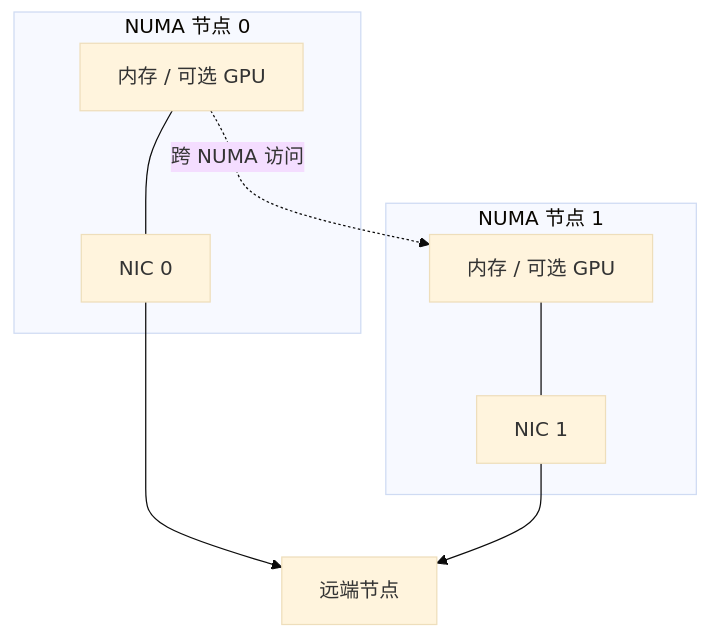
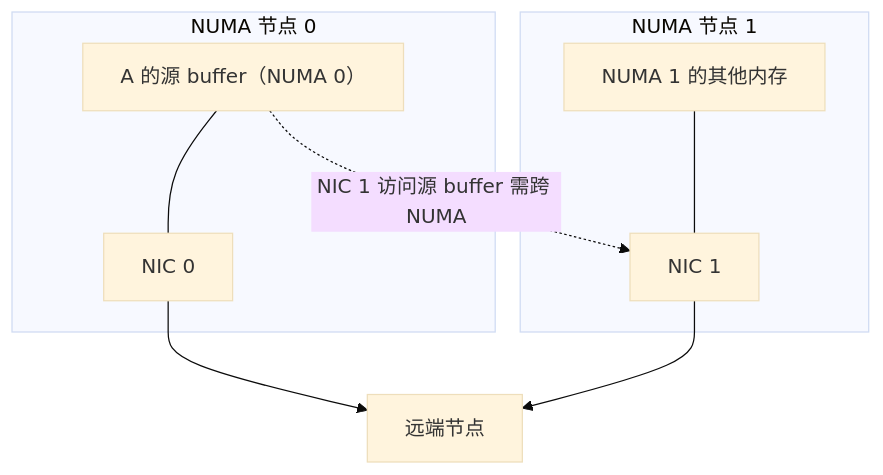
The first of 2 diagrams in mooncake-kv-cache-series/wechat/08-multi-nic-numa.md (Hansyangxingxiang/Mooncake), drawn with Mermaid (base theme) before and after one commit. The commit also changed other lines of this file and 42 other files, not shown here.

````diff
--- a/mooncake-kv-cache-series/wechat/08-multi-nic-numa.md
+++ b/mooncake-kv-cache-series/wechat/08-multi-nic-numa.md
@@ -23,12 +17,12 @@
 ```mermaid
 flowchart TB
     subgraph N0["NUMA 节点 0"]
-        M0["内存 / 可选 GPU"] --- H0["NIC 0"]
+        M0["A 的源 buffer（NUMA 0）"] --- H0["NIC 0"]
     end
     subgraph N1["NUMA 节点 1"]
-        M1["内存 / 可选 GPU"] --- H1["NIC 1"]
+        M1["NUMA 1 的其他内存"] --- H1["NIC 1"]
     end
-    M0 -.->|"跨 NUMA 访问"| M1
+    M0 -.->|"NIC 1 访问源 buffer 需跨 NUMA"| H1
     H0 --> P["远端节点"]
     H1 --> P
 ```
````
